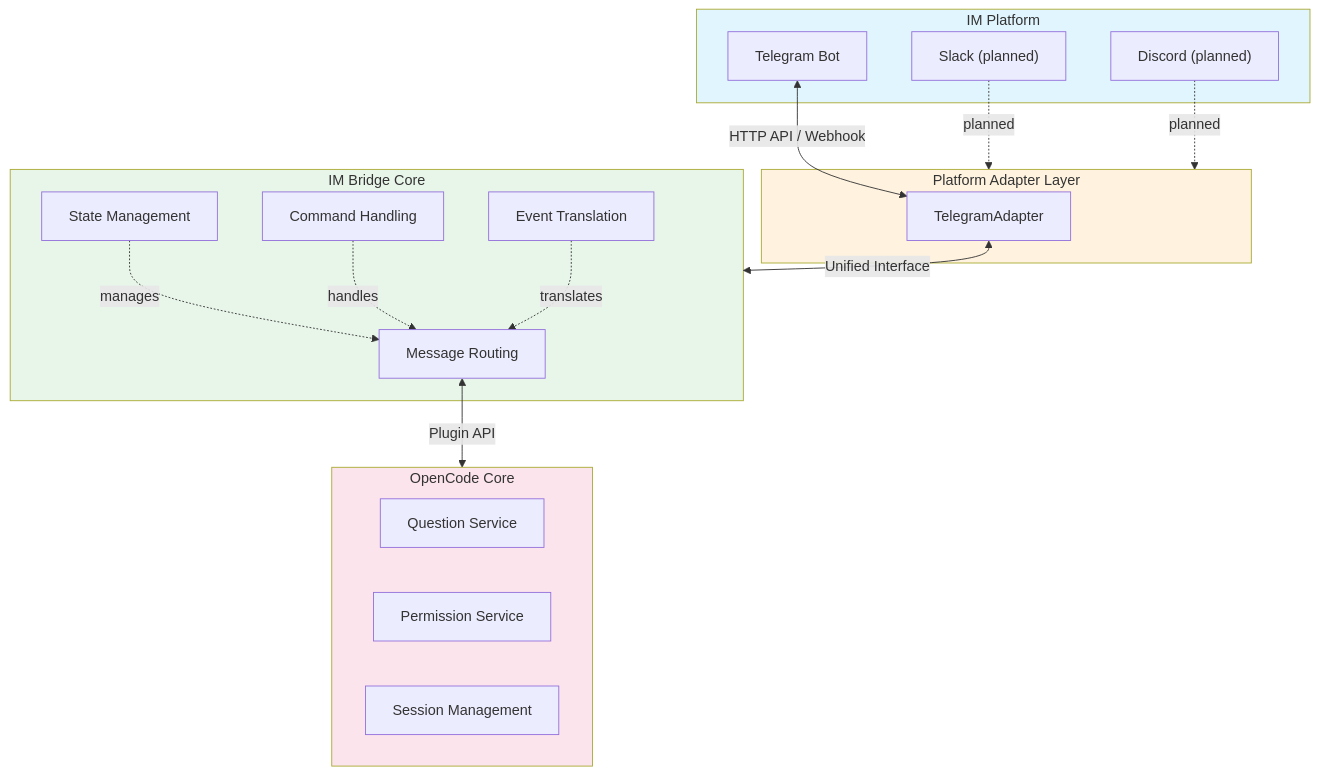
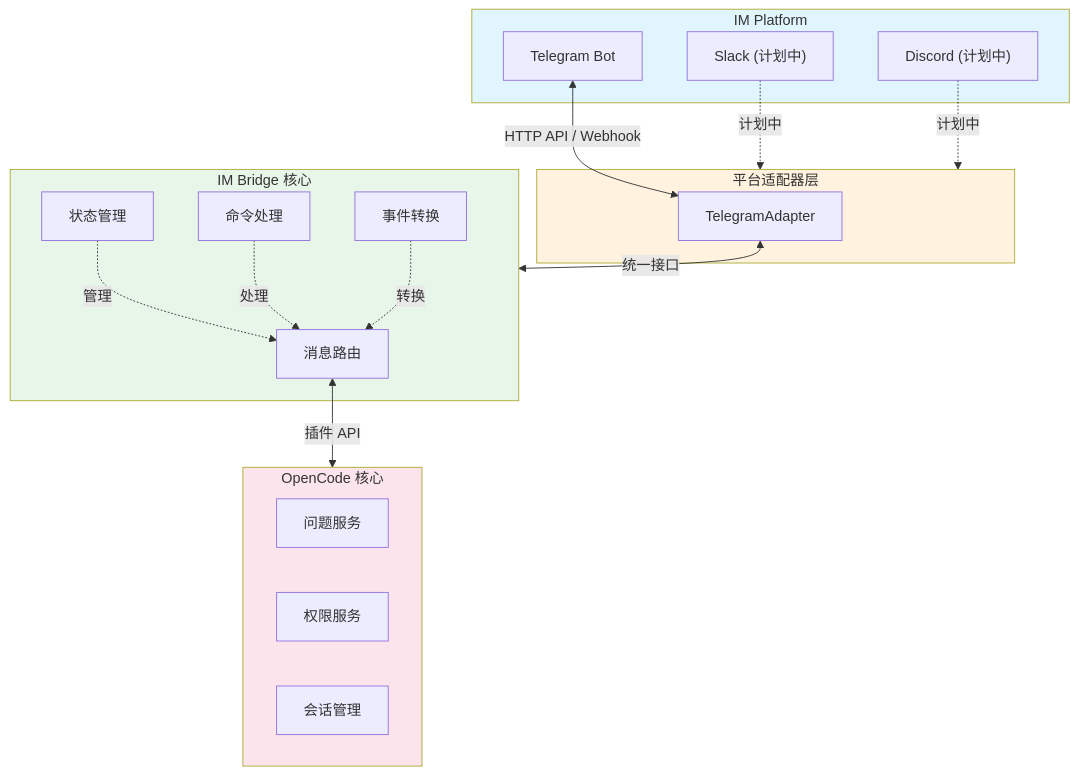
Before and after one commit to KrabsWong/opencode-im-bridge: the diagram in README.md, drawn with Mermaid. The commit also changed other lines of this file, not shown here.

````diff
--- a/README.md
+++ b/README.md
@@ -317,41 +245,41 @@
 ```mermaid
 flowchart TB
     subgraph IM["IM Platform"]
         TG["Telegram Bot"]
-        SL["Slack (planned)"]
-        DC["Discord (planned)"]
+        SL["Slack (计划中)"]
+        DC["Discord (计划中)"]
     end
 
-    subgraph Adapter["Platform Adapter Layer"]
+    subgraph Adapter["平台适配器层"]
         TA["TelegramAdapter"]
     end
 
-    subgraph Core["IM Bridge Core"]
-        MR["Message Routing"]
-        SM["State Management"]
-        CH["Command Handling"]
-        ET["Event Translation"]
+    subgraph Core["IM Bridge 核心"]
+        MR["消息路由"]
+        SM["状态管理"]
+        CH["命令处理"]
+        ET["事件转换"]
     end
 
-    subgraph OC["OpenCode Core"]
-        QS["Question Service"]
-        PS["Permission Service"]
-        SesM["Session Management"]
+    subgraph OC["OpenCode 核心"]
+        QS["问题服务"]
+        PS["权限服务"]
+        SesM["会话管理"]
     end
 
     TG <-->|"HTTP API / Webhook"| TA
-    SL -.->|"planned"| Adapter
-    DC -.->|"planned"| Adapter
+    SL -.->|"计划中"| Adapter
+    DC -.->|"计划中"| Adapter
 
-    TA <-->|"Unified Interface"| Core
+    TA <-->|"统一接口"| Core
 
-    MR <-->|"Plugin API"| OC
-    SM -.->|"manages"| MR
-    CH -.->|"handles"| MR
-    ET -.->|"translates"| MR
+    MR <-->|"插件 API"| OC
+    SM -.->|"管理"| MR
+    CH -.->|"处理"| MR
+    ET -.->|"转换"| MR
 
     style IM fill:#e1f5fe
     style Adapter fill:#fff3e0
     style Core fill:#e8f5e9
     style OC fill:#fce4ec
 ```
````
